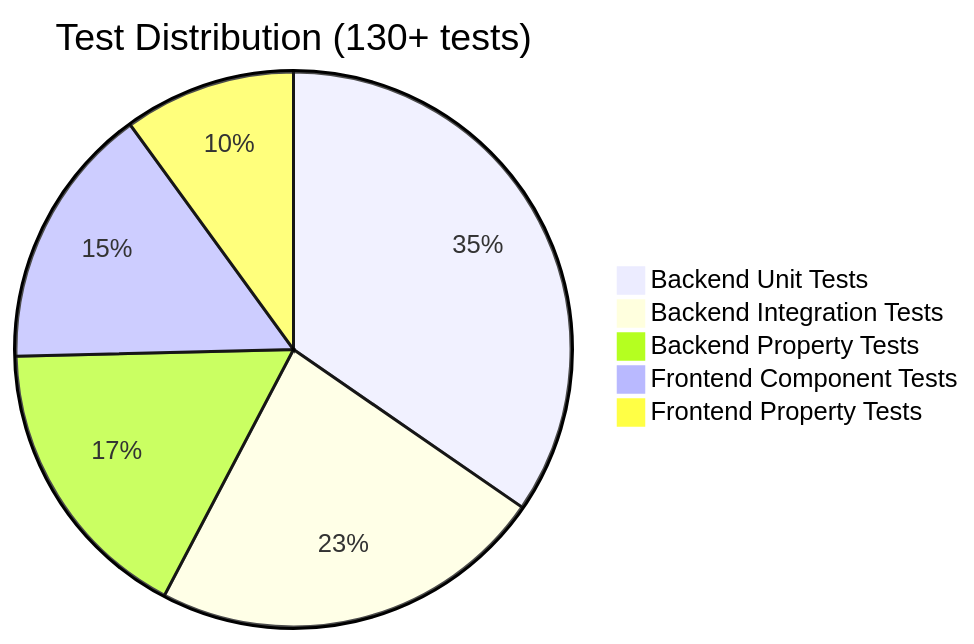
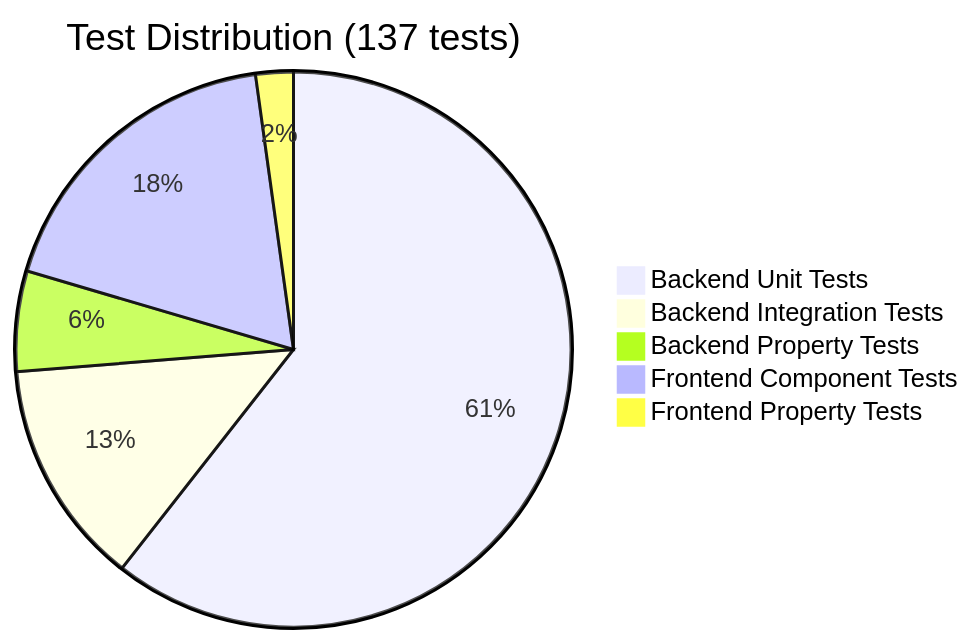
Before and after one commit to umarhashmi2002/Assessment-SmithFarm: the seventh of 7 diagrams in README.md, drawn with Mermaid. The commit also changed other lines of this file, not shown here.

Commit message:
Fix review feedback: align jobId upsert semantics in docs, correct test counts to verified 137, add Chosen Advanced Feature section, improve Scope and Limitations, fix API endpoint docs

````diff
--- a/README.md
+++ b/README.md
@@ -320,8 +334,8 @@
 ```mermaid
-pie title Test Distribution (130+ tests)
-    "Backend Unit Tests" : 45
-    "Backend Integration Tests" : 30
-    "Backend Property Tests" : 22
-    "Frontend Component Tests" : 20
-    "Frontend Property Tests" : 13
+pie title Test Distribution (137 tests)
+    "Backend Unit Tests" : 83
+    "Backend Integration Tests" : 18
+    "Backend Property Tests" : 8
+    "Frontend Component Tests" : 25
+    "Frontend Property Tests" : 3
 ```
````
